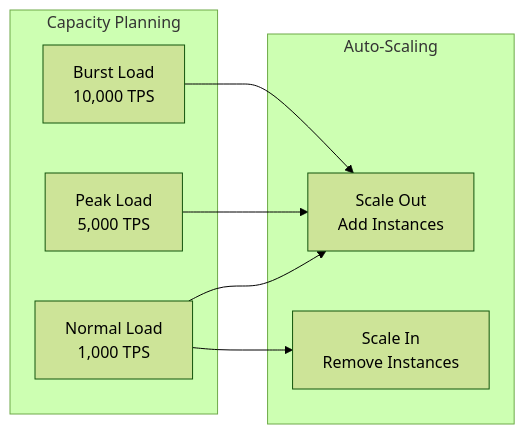
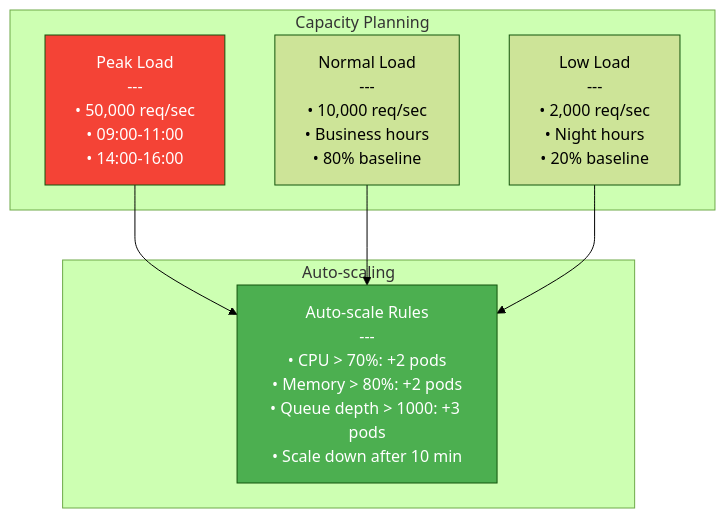
The second of 18 diagrams in 10-Van-hanh-va-NFR.md (huuhoait/openbanking-vn-specs), drawn with Mermaid (forest theme) before and after one commit. The commit also changed other lines of this file and 14 other files, not shown here.

````diff
--- a/10-Van-hanh-va-NFR.md
+++ b/10-Van-hanh-va-NFR.md
@@ -45,19 +54,21 @@
 ```mermaid
-graph LR
+graph TB
     subgraph "Capacity Planning"
-        Normal[Normal Load<br/>1,000 TPS]
-        Peak[Peak Load<br/>5,000 TPS]
-        Burst[Burst Load<br/>10,000 TPS]
+        Peak[Peak Load<br/>---<br/>• 50,000 req/sec<br/>• 09:00-11:00<br/>• 14:00-16:00]
+        
+        Normal[Normal Load<br/>---<br/>• 10,000 req/sec<br/>• Business hours<br/>• 80% baseline]
+        
+        Low[Low Load<br/>---<br/>• 2,000 req/sec<br/>• Night hours<br/>• 20% baseline]
     end
     
-    subgraph "Auto-Scaling"
-        Scale_Out[Scale Out<br/>Add Instances]
-        Scale_In[Scale In<br/>Remove Instances]
+    subgraph "Auto-scaling"
+        Scale[Auto-scale Rules<br/>---<br/>• CPU > 70%: +2 pods<br/>• Memory > 80%: +2 pods<br/>• Queue depth > 1000: +3 pods<br/>• Scale down after 10 min]
     end
     
-    Normal --> Scale_Out
-    Peak --> Scale_Out
-    Burst --> Scale_Out
+    Peak --> Scale
+    Normal --> Scale
+    Low --> Scale
     
-    Normal --> Scale_In
+    style Peak fill:#f44336,color:#fff
+    style Scale fill:#4caf50,color:#fff
 ```
````
